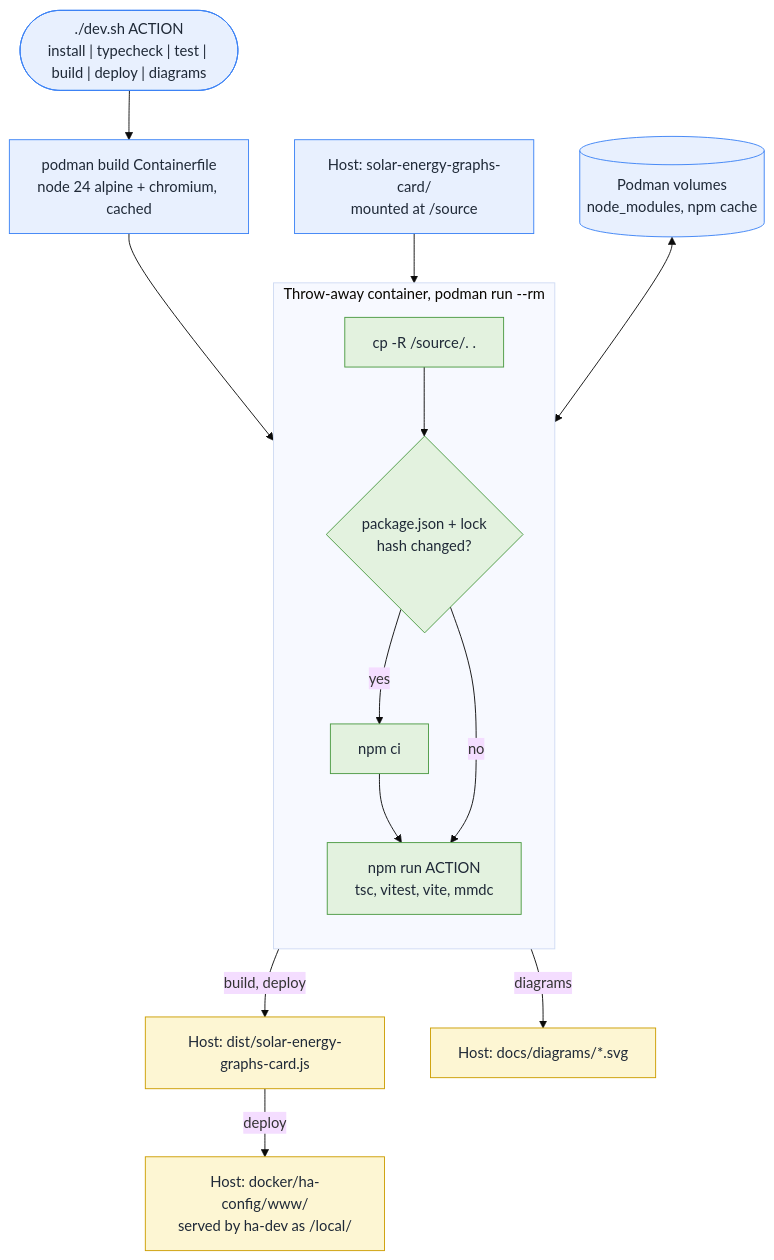
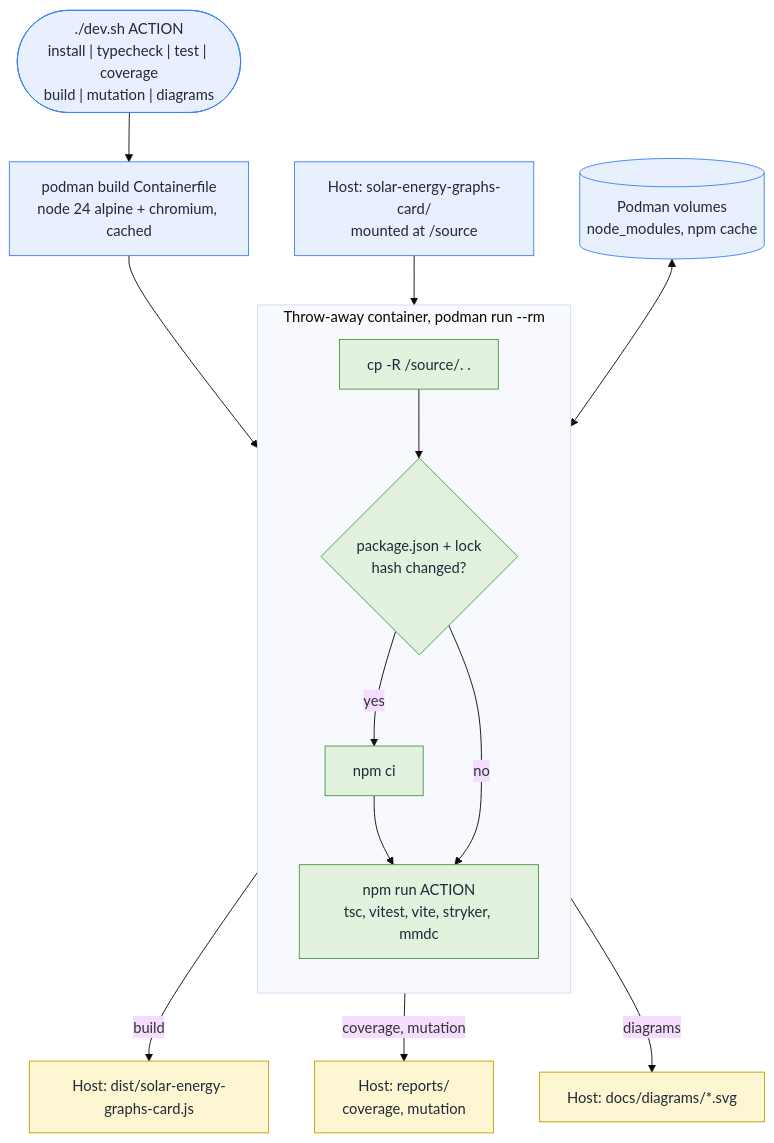
The diagram in docs/diagrams/dev-environment.mmd (XavierBerger/Solar-Energy-Graphs-Card), drawn with Mermaid (base theme) before and after one commit. The commit also changed 8 other files, not shown here.

Commit message:
docs: update the architecture guide to the current card

```diff
--- a/docs/diagrams/dev-environment.mmd
+++ b/docs/diagrams/dev-environment.mmd
@@ -1,34 +1,34 @@
 flowchart TB
-  dev(["./dev.sh ACTION<br/>install | typecheck | test | build | deploy | diagrams"])
+  dev(["./dev.sh ACTION<br/>install | typecheck | test | coverage<br/>build | mutation | diagrams"])
   img["podman build Containerfile<br/>node 24 alpine + chromium, cached"]
   src["Host: solar-energy-graphs-card/<br/>mounted at /source"]
 
   subgraph CT["Throw-away container, podman run --rm"]
     direction TB
     copy["cp -R /source/. ."]
     lock{"package.json + lock<br/>hash changed?"}
     ci["npm ci"]
-    run["npm run ACTION<br/>tsc, vitest, vite, mmdc"]
+    run["npm run ACTION<br/>tsc, vitest, vite, stryker, mmdc"]
     copy --> lock
     lock -- yes --> ci --> run
     lock -- no --> run
   end
 
   vol[("Podman volumes<br/>node_modules, npm cache")]
   dist["Host: dist/solar-energy-graphs-card.js"]
+  rep["Host: reports/<br/>coverage, mutation"]
   svg["Host: docs/diagrams/*.svg"]
-  www["Host: docker/ha-config/www/<br/>served by ha-dev as /local/"]
 
   dev --> img --> copy
   src --> copy
   vol <--> run
-  run -- "build, deploy" --> dist
+  run -- "build" --> dist
+  run -- "coverage, mutation" --> rep
   run -- "diagrams" --> svg
-  dist -- "deploy" --> www
 
   classDef host fill:#e8f0fe,stroke:#3b82f6,color:#1f2937
   classDef ct fill:#e3f2df,stroke:#4b9a42,color:#1f2937
   classDef out fill:#fdf6d3,stroke:#cc9d00,color:#1f2937
   class dev,img,src,vol host
   class copy,lock,ci,run ct
-  class dist,svg,www out
+  class dist,rep,svg out
```
